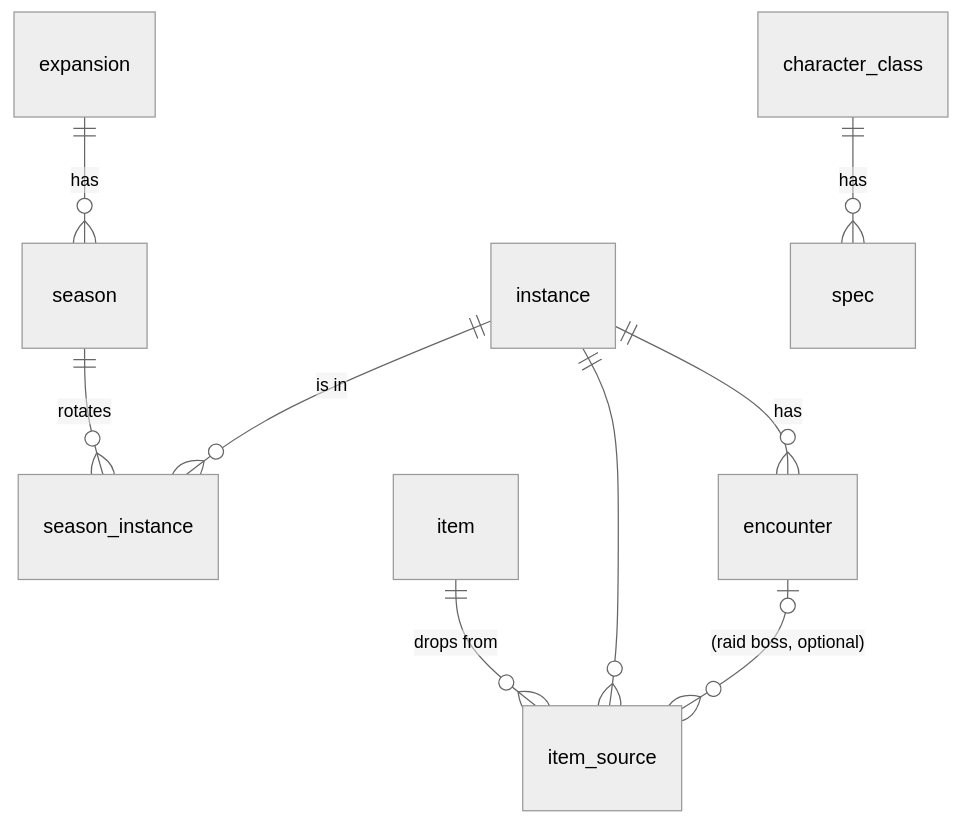
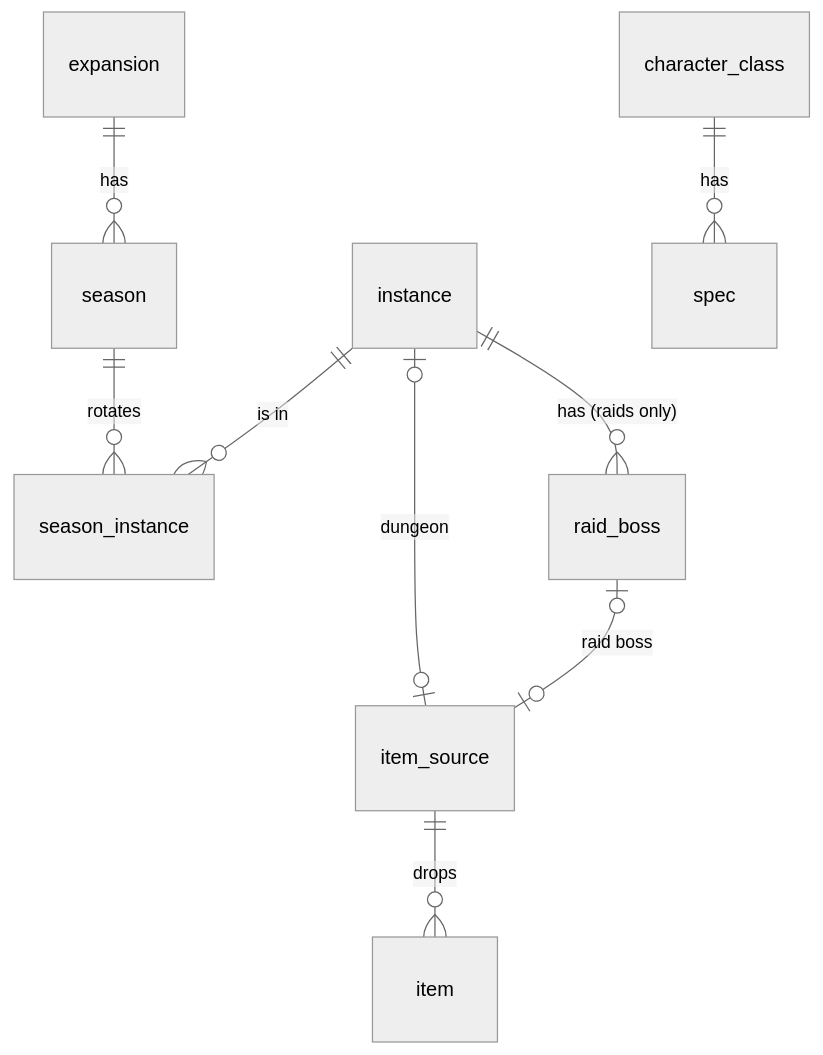
The diagram in docs/data-model.md (Amy-di-Aricci/gear-optimizer-api), drawn with Mermaid (neutral theme) before and after one commit. The commit also changed other lines of this file and 6 other files, not shown here.

First line of the commit message:
Harden the data model and add an ER diagram

````diff
--- a/docs/data-model.md
+++ b/docs/data-model.md
@@ -9,11 +11,11 @@
 ```mermaid
 erDiagram
   expansion ||--o{ season : has
   season ||--o{ season_instance : rotates
   instance ||--o{ season_instance : "is in"
-  instance ||--o{ encounter : has
-  item ||--o{ item_source : "drops from"
-  instance ||--o{ item_source : ""
-  encounter |o--o{ item_source : "(raid boss, optional)"
+  instance ||--o{ raid_boss : "has (raids only)"
+  instance |o--o| item_source : "dungeon"
+  raid_boss |o--o| item_source : "raid boss"
+  item_source ||--o{ item : "drops"
   character_class ||--o{ spec : has
 ```
````
